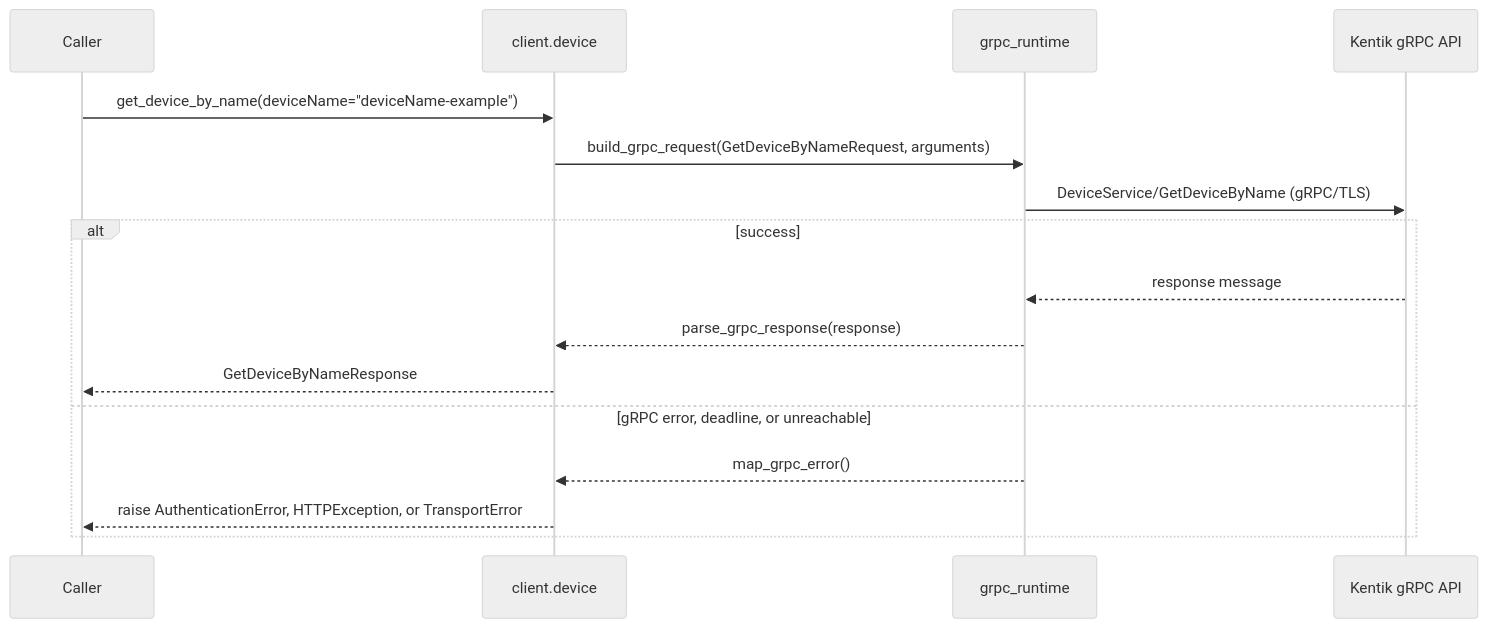
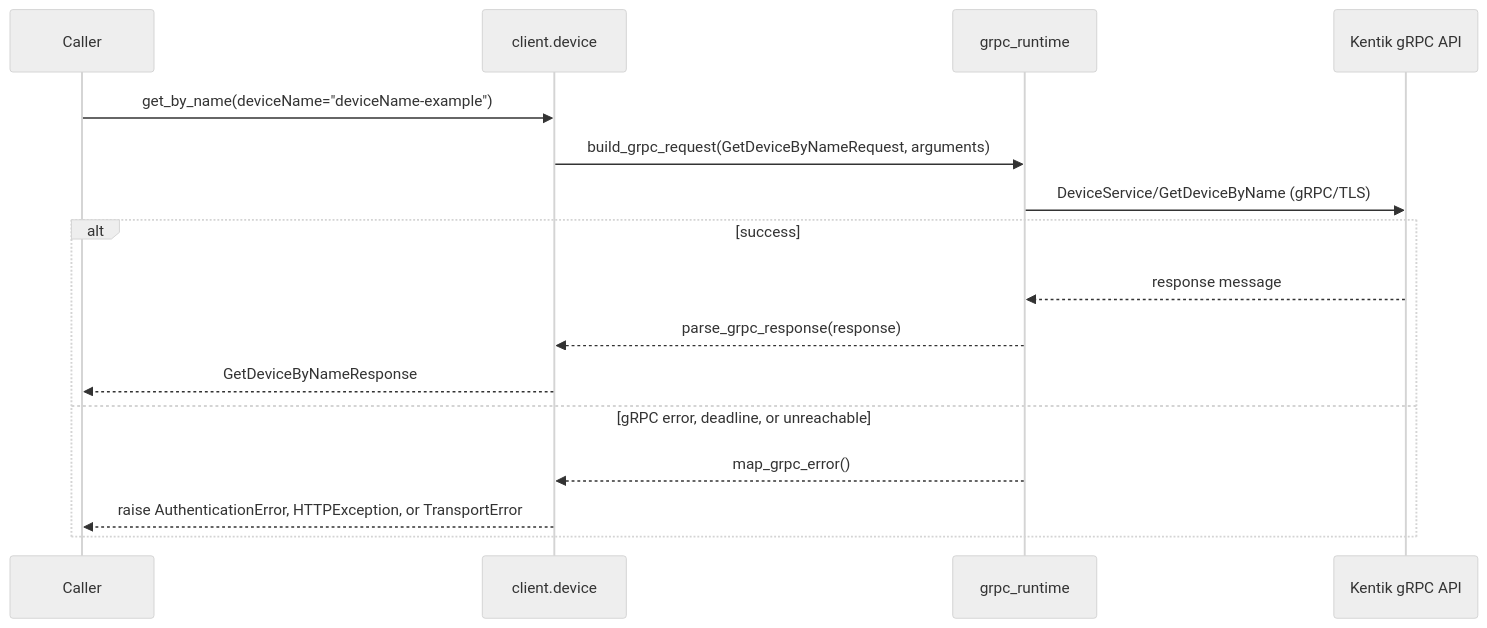
Before and after one commit to alexdearaujo/community_sdk_python: diagram 13 of 22 in docs/sphinx/services/device.md, drawn with Mermaid (neutral theme). The commit also changed other lines of this file and 119 other files, not shown here.

````diff
--- a/docs/sphinx/services/device.md
+++ b/docs/sphinx/services/device.md
@@ -442,19 +442,19 @@
 ```mermaid
 sequenceDiagram
     participant C as Caller
     participant W as client.device
     participant R as grpc_runtime
     participant API as Kentik gRPC API
 
-    C->>W: get_device_by_name(deviceName="deviceName-example")
+    C->>W: get_by_name(deviceName="deviceName-example")
     W->>R: build_grpc_request(GetDeviceByNameRequest, arguments)
     R->>API: DeviceService/GetDeviceByName (gRPC/TLS)
     alt success
         API-->>R: response message
         R-->>W: parse_grpc_response(response)
         W-->>C: GetDeviceByNameResponse
     else gRPC error, deadline, or unreachable
         R-->>W: map_grpc_error()
         W-->>C: raise AuthenticationError, HTTPException, or TransportError
     end
 ```
````
